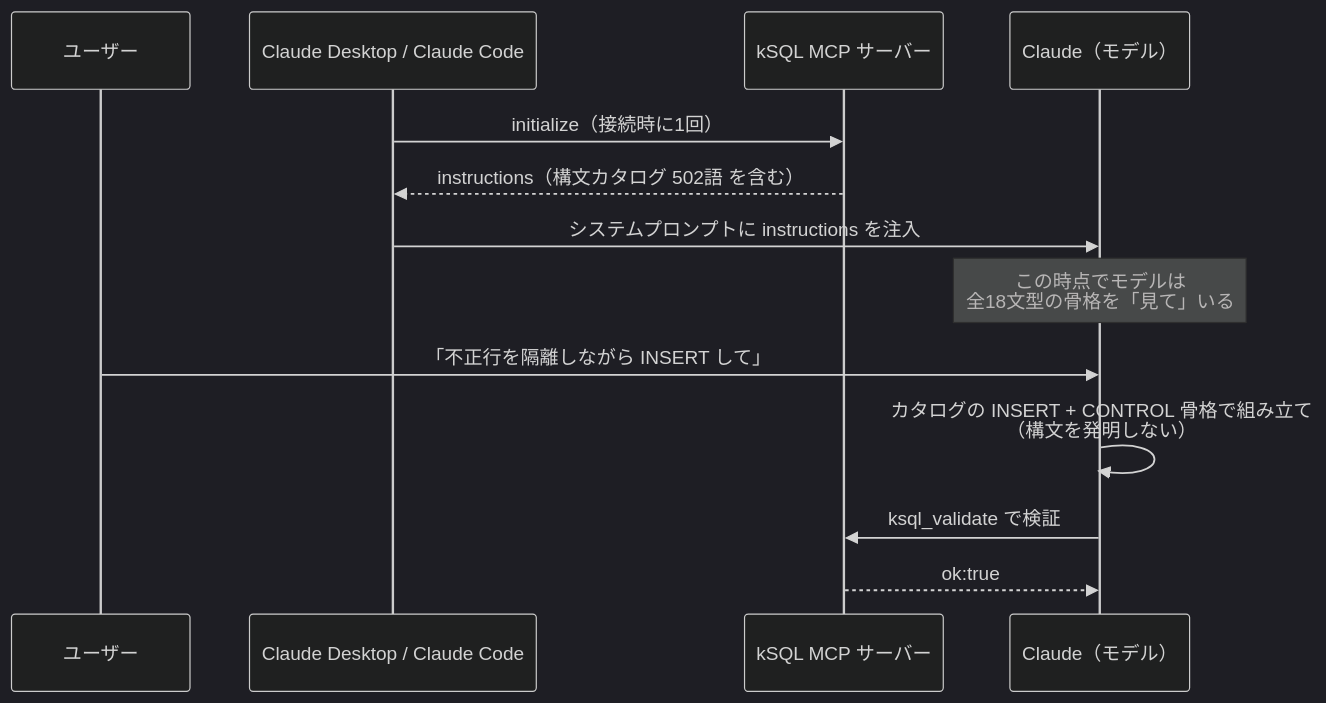
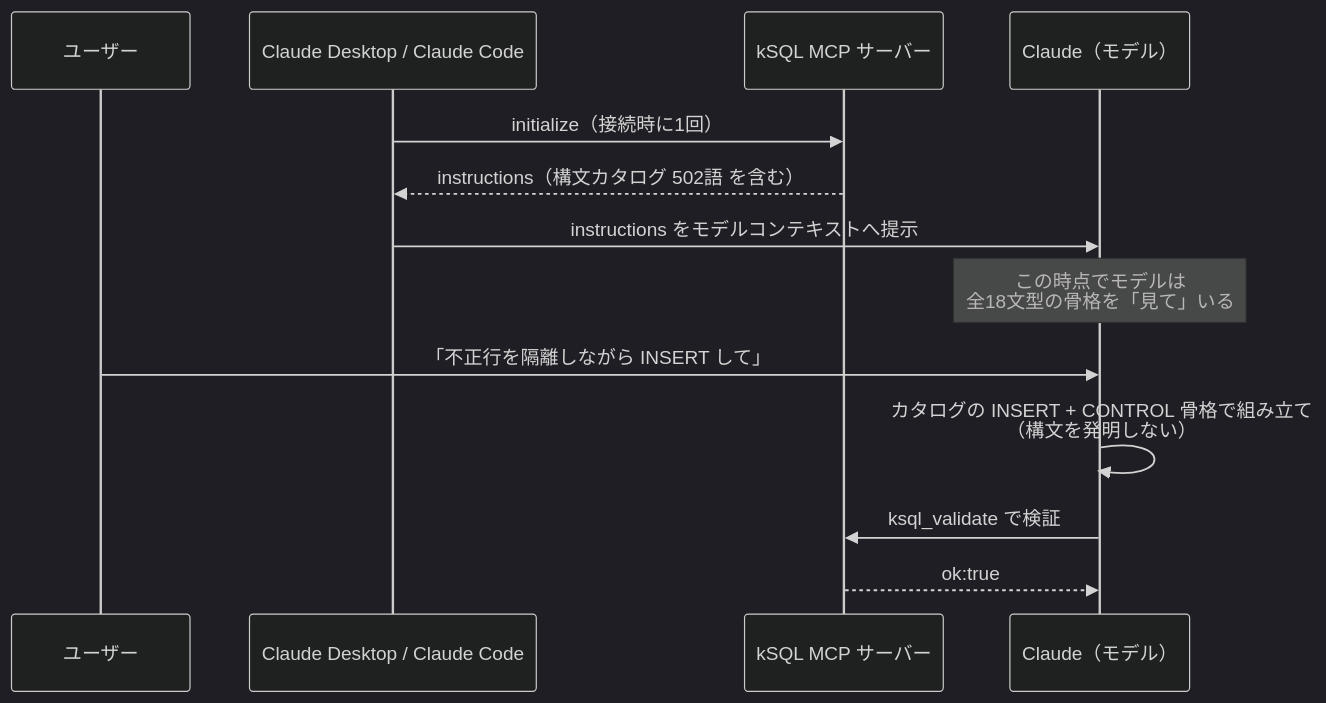
The first of 2 diagrams in docs/internal/qiita_ksql_構文.md (rex0220/kintone-sql-tools), drawn with Mermaid (dark theme) before and after one commit. The commit also changed other lines of this file and 3 other files, not shown here.

````diff
--- a/docs/internal/qiita_ksql_構文.md
+++ b/docs/internal/qiita_ksql_構文.md
@@ -81,16 +81,16 @@
 ```mermaid
 sequenceDiagram
     participant U as ユーザー
     participant C as Claude Desktop / Claude Code
     participant S as kSQL MCP サーバー
     participant M as Claude（モデル）
 
     C->>S: initialize（接続時に1回）
     S-->>C: instructions（構文カタログ 502語 を含む）
-    C->>M: システムプロンプトに instructions を注入
+    C->>M: instructions をモデルコンテキストへ提示
     Note over M: この時点でモデルは<br/>全18文型の骨格を「見て」いる
     U->>M: 「不正行を隔離しながら INSERT して」
     M->>M: カタログの INSERT + CONTROL 骨格で組み立て<br/>（構文を発明しない）
     M->>S: ksql_validate で検証
     S-->>M: ok:true
 ```
````
